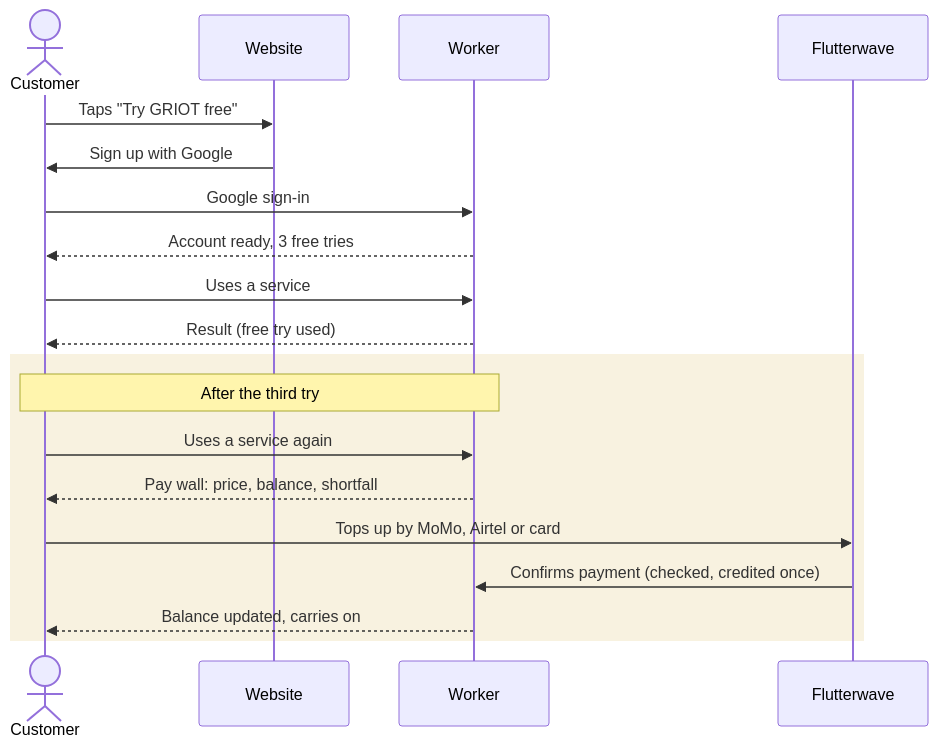
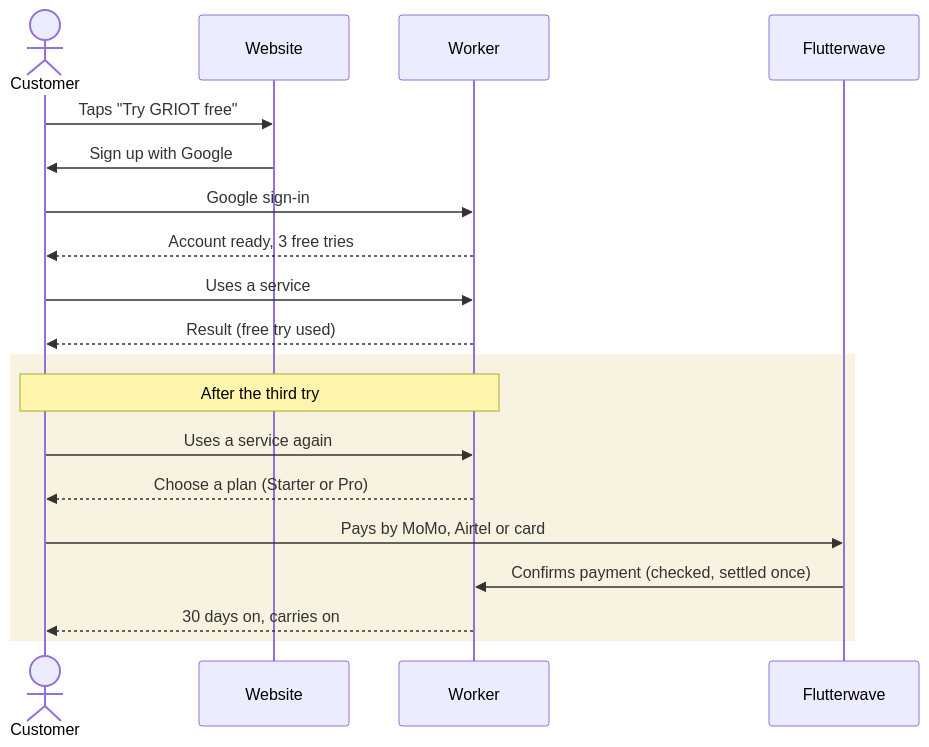
One commit to SpeakPower-commits/SpeakPower changed the second of 2 diagrams in README.md. Above: the diagram before and after it, drawn with Mermaid. The commit also changed other lines of this file and 10 other files, not shown here.

````diff
--- a/README.md
+++ b/README.md
@@ -63,21 +70,21 @@
 ```mermaid
 sequenceDiagram
   actor C as Customer
   participant S as Website
   participant W as Worker
   participant F as Flutterwave
   C->>S: Taps "Try GRIOT free"
   S->>C: Sign up with Google
   C->>W: Google sign-in
   W-->>C: Account ready, 3 free tries
   C->>W: Uses a service
   W-->>C: Result (free try used)
   rect rgba(201, 162, 39, 0.14)
   Note over C,W: After the third try
   C->>W: Uses a service again
-  W-->>C: Pay wall: price, balance, shortfall
-  C->>F: Tops up by MoMo, Airtel or card
-  F->>W: Confirms payment (checked, credited once)
-  W-->>C: Balance updated, carries on
+  W-->>C: Choose a plan (Starter or Pro)
+  C->>F: Pays by MoMo, Airtel or card
+  F->>W: Confirms payment (checked, settled once)
+  W-->>C: 30 days on, carries on
   end
 ```
````
